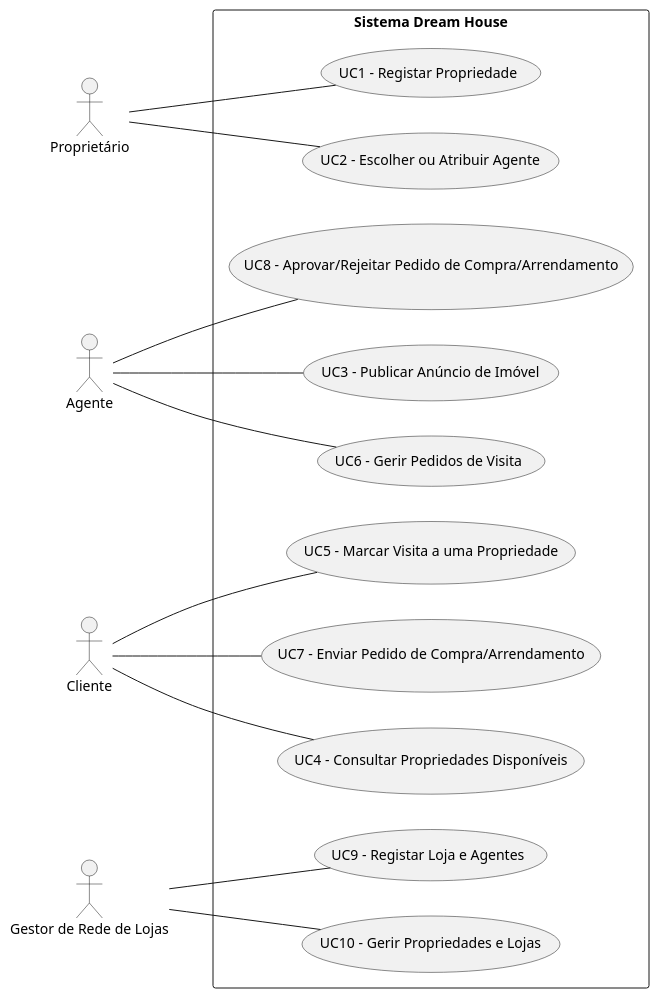
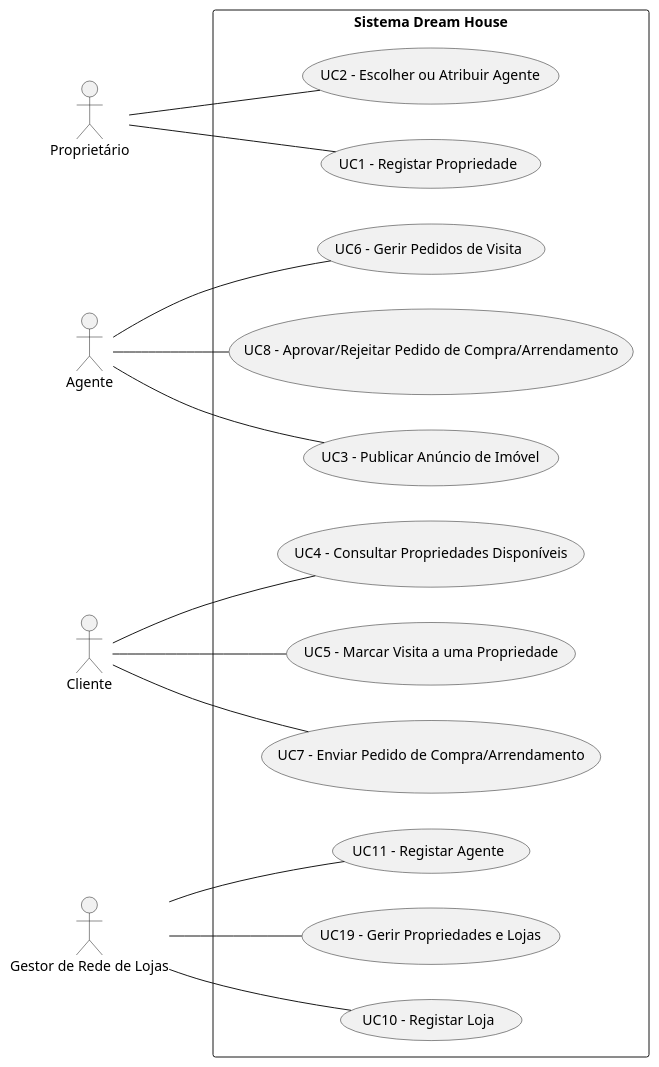
The diagram in docs/Sprint1/Global_Artifacts/UCD.puml (goncalomaia18/leti-esoft-24-25-A2), drawn with PlantUML before and after one commit. The commit also changed 2 other files, not shown here.

```diff
--- a/docs/Sprint1/Global_Artifacts/UCD.puml
+++ b/docs/Sprint1/Global_Artifacts/UCD.puml
@@ -1,35 +1,37 @@
 @startuml
 left to right direction
 
 actor "Proprietário" as owner
 actor "Agente" as agent
 actor "Cliente" as client
 actor "Gestor de Rede de Lojas" as manager
 
 rectangle "Sistema Dream House" {
 
     usecase "UC1 - Registar Propriedade" as UC1
     usecase "UC2 - Escolher ou Atribuir Agente" as UC2
     usecase "UC3 - Publicar Anúncio de Imóvel" as UC3
     usecase "UC4 - Consultar Propriedades Disponíveis" as UC4
     usecase "UC5 - Marcar Visita a uma Propriedade" as UC5
     usecase "UC6 - Gerir Pedidos de Visita" as UC6
     usecase "UC7 - Enviar Pedido de Compra/Arrendamento" as UC7
     usecase "UC8 - Aprovar/Rejeitar Pedido de Compra/Arrendamento" as UC8
-    usecase "UC9 - Registar Loja e Agentes" as UC9
-    usecase "UC10 - Gerir Propriedades e Lojas" as UC10
+    usecase "UC10 - Registar Loja" as UC10
+    usecase "UC11 - Registar Agente" as UC11
+    usecase "UC19 - Gerir Propriedades e Lojas" as UC19
 }
 
 ' Relacionamentos dos atores com os casos de uso
 owner -- UC1
 owner -- UC2
 agent -- UC3
 client -- UC4
 client -- UC5
 agent -- UC6
 client -- UC7
 agent -- UC8
-manager -- UC9
+manager -- UC19
 manager -- UC10
+manager -- UC11
 
 @enduml
```
